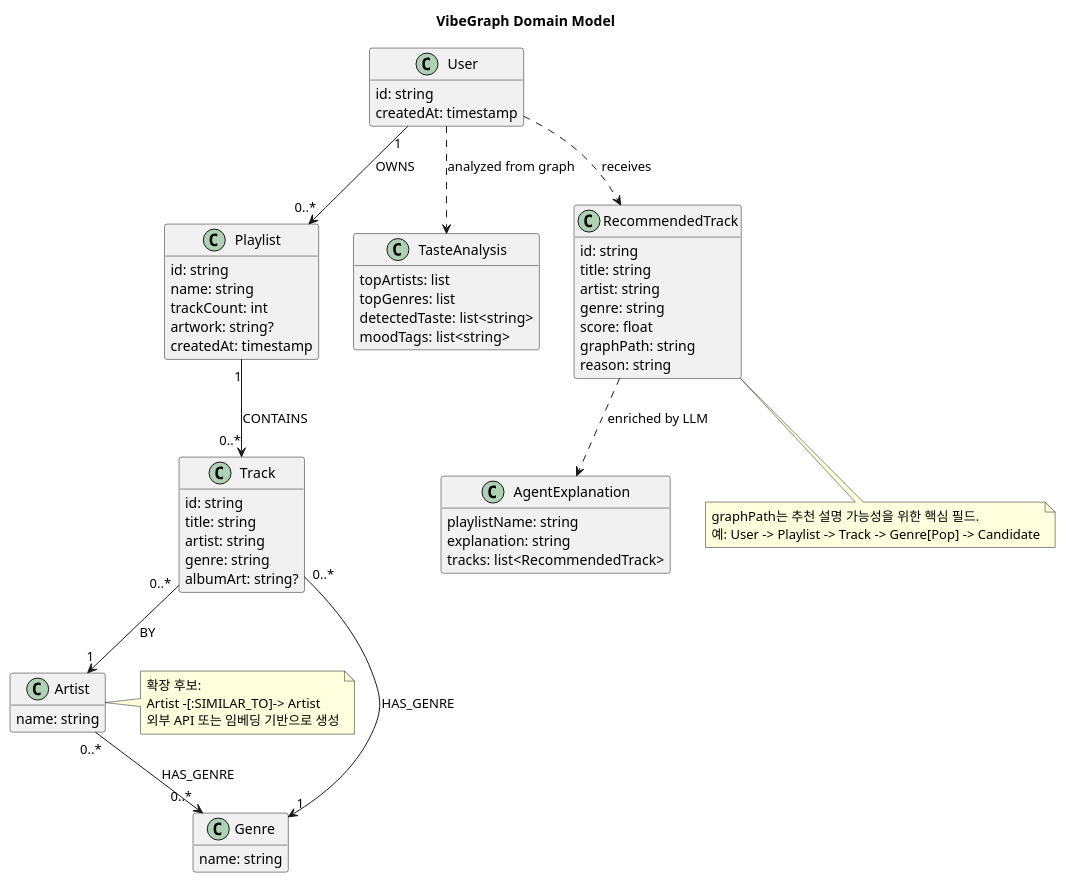
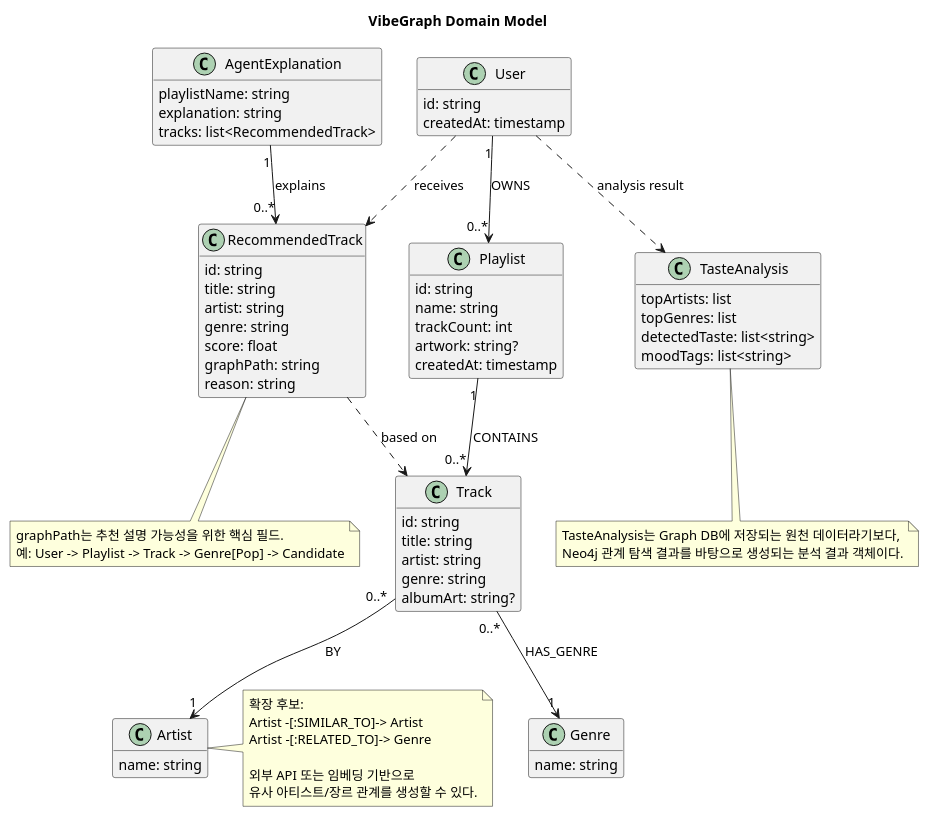
Before and after one commit to minyoy/VibeGraph: the diagram in docs/04_domain-model.puml, drawn with PlantUML. The commit also changed 3 other files, not shown here.

Commit message:
Translate UML docs to English and clarify models

```diff
--- a/docs/04_domain-model.puml
+++ b/docs/04_domain-model.puml
@@ -1,81 +1,89 @@
 @startuml
 title VibeGraph Domain Model
 
 skinparam shadowing false
 skinparam classAttributeIconSize 0
 hide methods
 
 class User {
   id: string
   createdAt: timestamp
 }
 
 class Playlist {
   id: string
   name: string
   trackCount: int
   artwork: string?
   createdAt: timestamp
 }
 
 class Track {
   id: string
   title: string
   artist: string
   genre: string
   albumArt: string?
 }
 
 class Artist {
   name: string
 }
 
 class Genre {
   name: string
 }
 
 class TasteAnalysis {
   topArtists: list
   topGenres: list
   detectedTaste: list<string>
   moodTags: list<string>
 }
 
 class RecommendedTrack {
   id: string
   title: string
   artist: string
   genre: string
   score: float
   graphPath: string
   reason: string
 }
 
 class AgentExplanation {
   playlistName: string
   explanation: string
   tracks: list<RecommendedTrack>
 }
 
 User "1" --> "0..*" Playlist : OWNS
 Playlist "1" --> "0..*" Track : CONTAINS
 Track "0..*" --> "1" Artist : BY
 Track "0..*" --> "1" Genre : HAS_GENRE
-Artist "0..*" --> "0..*" Genre : HAS_GENRE
 
-User ..> TasteAnalysis : analyzed from graph
+User ..> TasteAnalysis : analysis result
 User ..> RecommendedTrack : receives
-RecommendedTrack ..> AgentExplanation : enriched by LLM
+RecommendedTrack ..> Track : based on
+AgentExplanation "1" --> "0..*" RecommendedTrack : explains
 
 note right of Artist
   확장 후보:
   Artist -[:SIMILAR_TO]-> Artist
-  외부 API 또는 임베딩 기반으로 생성
+  Artist -[:RELATED_TO]-> Genre
+
+  외부 API 또는 임베딩 기반으로
+  유사 아티스트/장르 관계를 생성할 수 있다.
 end note
 
 note bottom of RecommendedTrack
   graphPath는 추천 설명 가능성을 위한 핵심 필드.
   예: User -> Playlist -> Track -> Genre[Pop] -> Candidate
 end note
 
+note bottom of TasteAnalysis
+  TasteAnalysis는 Graph DB에 저장되는 원천 데이터라기보다,
+  Neo4j 관계 탐색 결과를 바탕으로 생성되는 분석 결과 객체이다.
+end note
+
 @enduml
```
